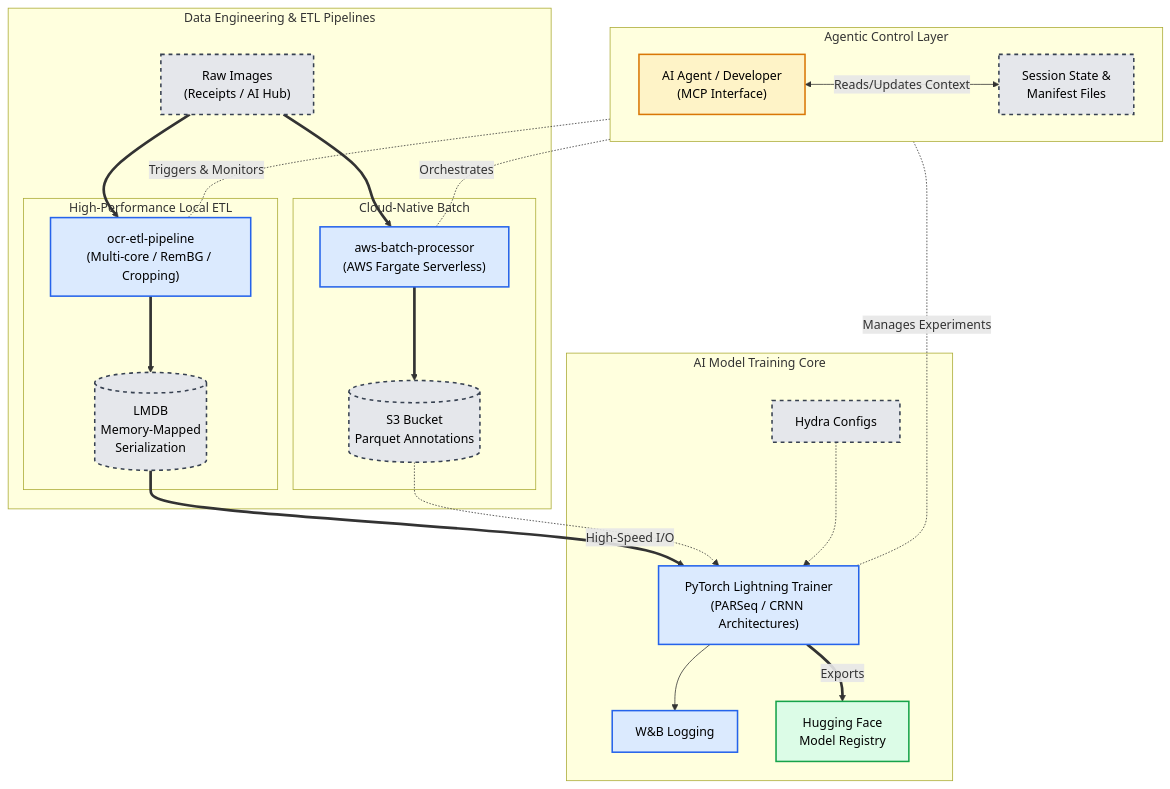
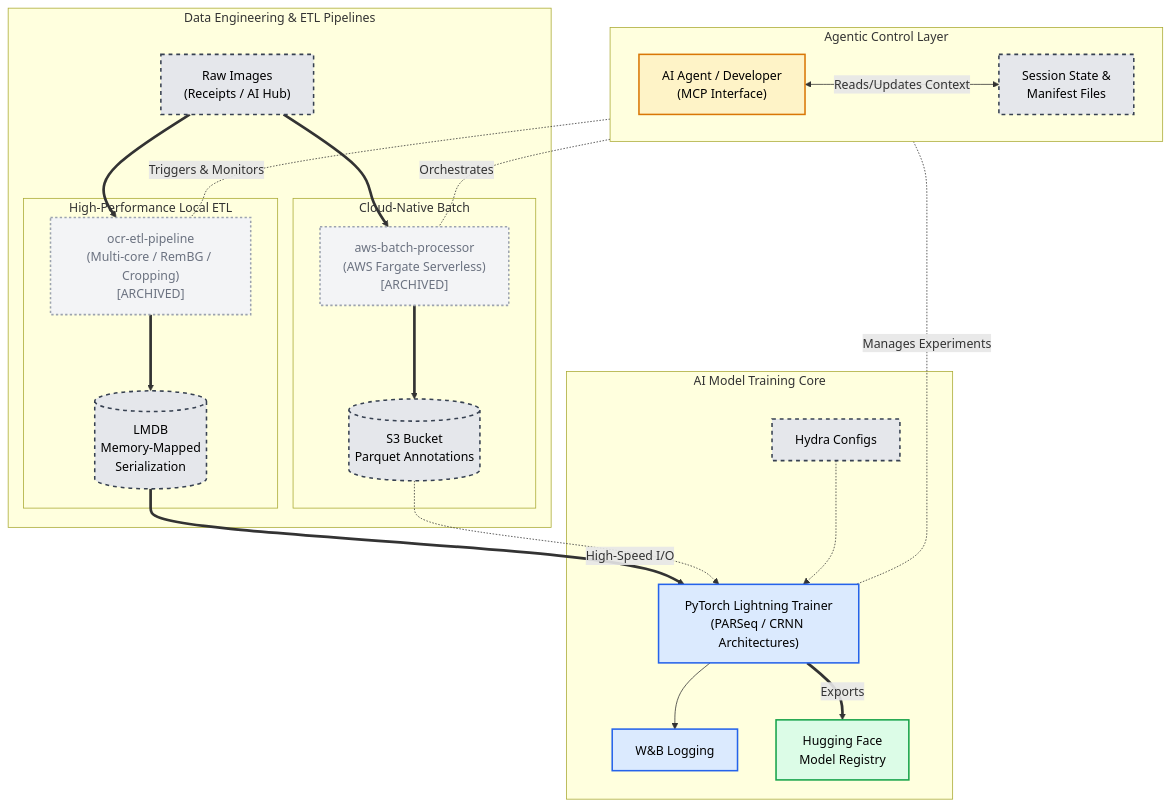
Before and after one commit to Wchoi189/upstageailab-ocr-recsys-competition-ocr-2: the diagram in README.md, drawn with Mermaid. The commit also changed 166 other files, not shown here.

Commit message:
refactor(configs): Hydra Configuration Architecture Restructuring - Phase 1-2 Complete. See "docs/artifacts/implementation_plans/2026-01-08_0359_implementation_plan_hydra-config-restructuring.md"

````diff
--- a/README.md
+++ b/README.md
@@ -62,55 +62,56 @@
 ```mermaid
 graph TD
     %% Styles
     classDef storage fill:#e5e7eb,stroke:#374151,stroke-width:2px,color:#000,stroke-dasharray: 5 5;
     classDef process fill:#dbeafe,stroke:#2563eb,stroke-width:2px,color:#000;
     classDef agent fill:#fef3c7,stroke:#d97706,stroke-width:2px,color:#000;
     classDef artifact fill:#dcfce7,stroke:#16a34a,stroke-width:2px,color:#000;
+    classDef archived fill:#f3f4f6,stroke:#9ca3af,stroke-width:2px,color:#6b7280,stroke-dasharray: 3 3;
 
     %% Orchestration Layer
     subgraph Orchestration["Agentic Control Layer"]
         direction LR
         Agent["AI Agent / Developer<br/>(MCP Interface)"]:::agent
         State["Session State &<br/>Manifest Files"]:::storage
         Agent <--> |Reads/Updates Context| State
     end
 
     %% Data Engineering Layer
     subgraph DataOps["Data Engineering & ETL Pipelines"]
         RawData["Raw Images<br/>(Receipts / AI Hub)"]:::storage
 
         subgraph LocalPipe["High-Performance Local ETL"]
-            ETLProc["ocr-etl-pipeline<br/>(Multi-core / RemBG / Cropping)"]:::process
+            ETLProc["ocr-etl-pipeline<br/>(Multi-core / RemBG / Cropping)<br/>[ARCHIVED]"]:::archived
             LMDB[("LMDB<br/>Memory-Mapped<br/>Serialization")]:::storage
         end
 
         subgraph CloudPipe["Cloud-Native Batch"]
-            AWSBatch["aws-batch-processor<br/>(AWS Fargate Serverless)"]:::process
+            AWSBatch["aws-batch-processor<br/>(AWS Fargate Serverless)<br/>[ARCHIVED]"]:::archived
             S3Parquet[("S3 Bucket<br/>Parquet Annotations")]:::storage
         end
 
         RawData ==> ETLProc
         ETLProc ==> LMDB
         RawData ==> AWSBatch
         AWSBatch ==> S3Parquet
     end
 
     %% ML Core Layer
     subgraph MLCore["AI Model Training Core"]
         Hydra["Hydra Configs"]:::storage
         Trainer["PyTorch Lightning Trainer<br/>(PARSeq / CRNN Architectures)"]:::process
         WandB["W&B Logging"]:::process
         FinalModel["Hugging Face<br/>Model Registry"]:::artifact
 
         LMDB =="High-Speed I/O"==> Trainer
         S3Parquet -.-> Trainer
         Hydra -.-> Trainer
         Trainer --> WandB
         Trainer ==>|Exports| FinalModel
     end
 
     %% Control Flow
     Agent -.-|Triggers & Monitors| ETLProc
     Agent -.-|Orchestrates| AWSBatch
     Agent -.-|Manages Experiments| Trainer
 ```
````
